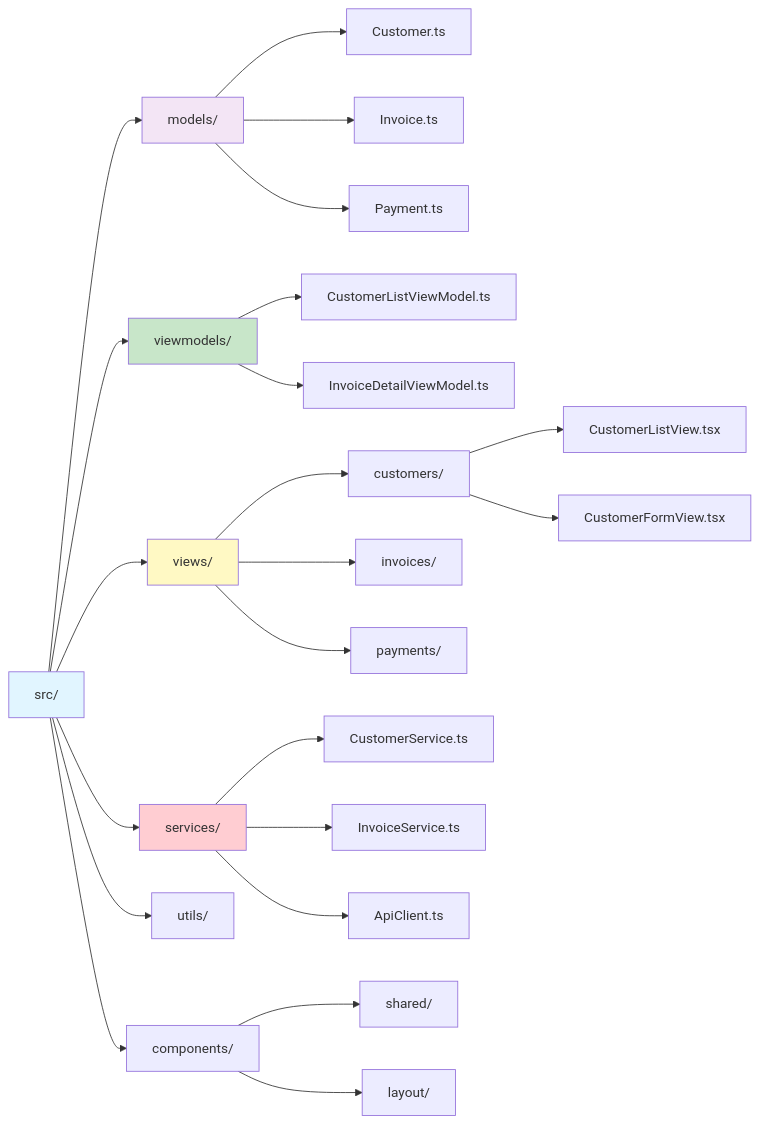
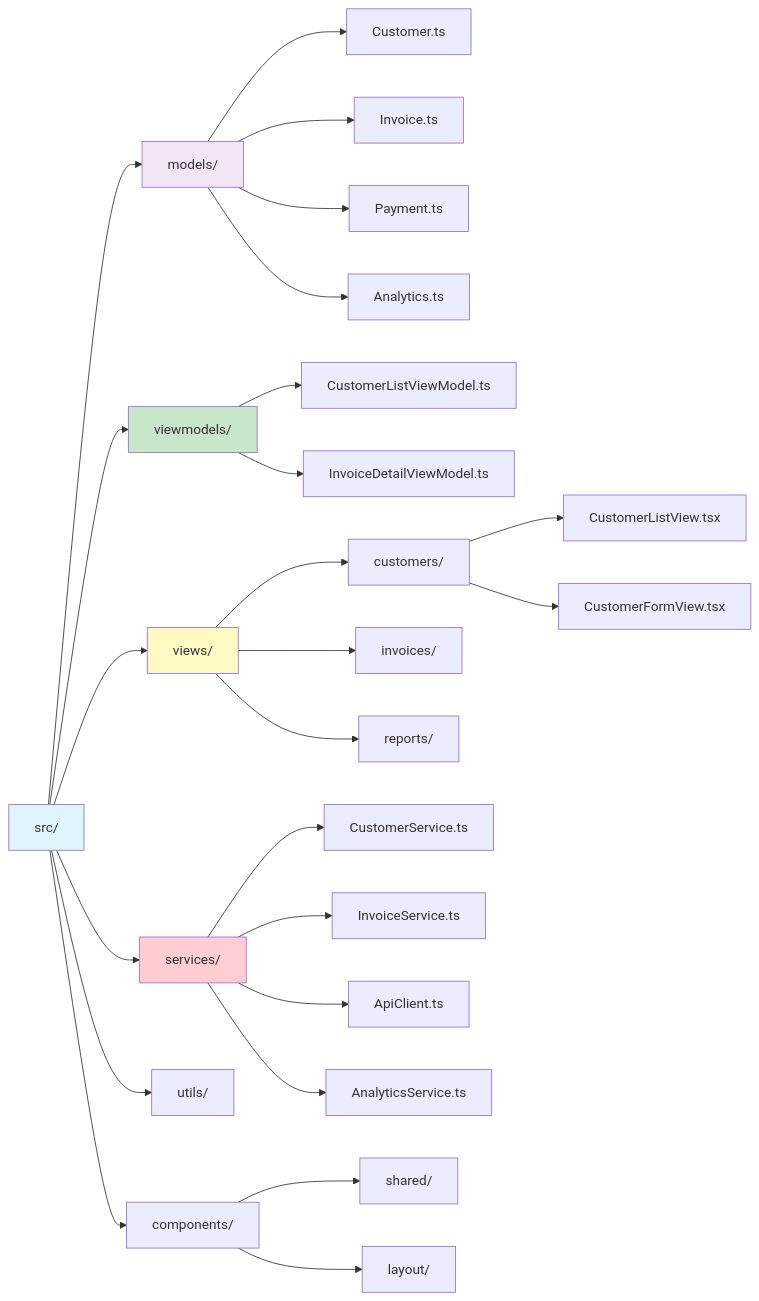
One commit to Rhoahndur/Osgiliath changed diagram 16 of 24 in architecture.md. Above: the diagram before and after it, drawn with Mermaid. The commit also changed other lines of this file and 131 other files, not shown here.

````diff
--- a/architecture.md
+++ b/architecture.md
@@ -782,38 +812,40 @@
 ```mermaid
 graph LR
     ROOT[src/]
     
     ROOT --> MODELS[models/]
     ROOT --> VM[viewmodels/]
     ROOT --> VIEWS[views/]
     ROOT --> SERVICES[services/]
     ROOT --> UTILS[utils/]
     ROOT --> COMPONENTS[components/]
     
     MODELS --> M1[Customer.ts]
     MODELS --> M2[Invoice.ts]
     MODELS --> M3[Payment.ts]
+    MODELS --> M4[Analytics.ts]
     
     VM --> VM1[CustomerListViewModel.ts]
     VM --> VM2[InvoiceDetailViewModel.ts]
     
     VIEWS --> V1[customers/]
     VIEWS --> V2[invoices/]
-    VIEWS --> V3[payments/]
+    VIEWS --> V3[reports/]
     
     V1 --> V1A[CustomerListView.tsx]
     V1 --> V1B[CustomerFormView.tsx]
     
     SERVICES --> S1[CustomerService.ts]
     SERVICES --> S2[InvoiceService.ts]
     SERVICES --> S3[ApiClient.ts]
+    SERVICES --> S4a[AnalyticsService.ts]
     
     COMPONENTS --> C1[shared/]
     COMPONENTS --> C2[layout/]
     
     style ROOT fill:#e1f5ff
     style MODELS fill:#f3e5f5
     style VM fill:#c8e6c9
     style VIEWS fill:#fff9c4
     style SERVICES fill:#ffcdd2
 ```
````
